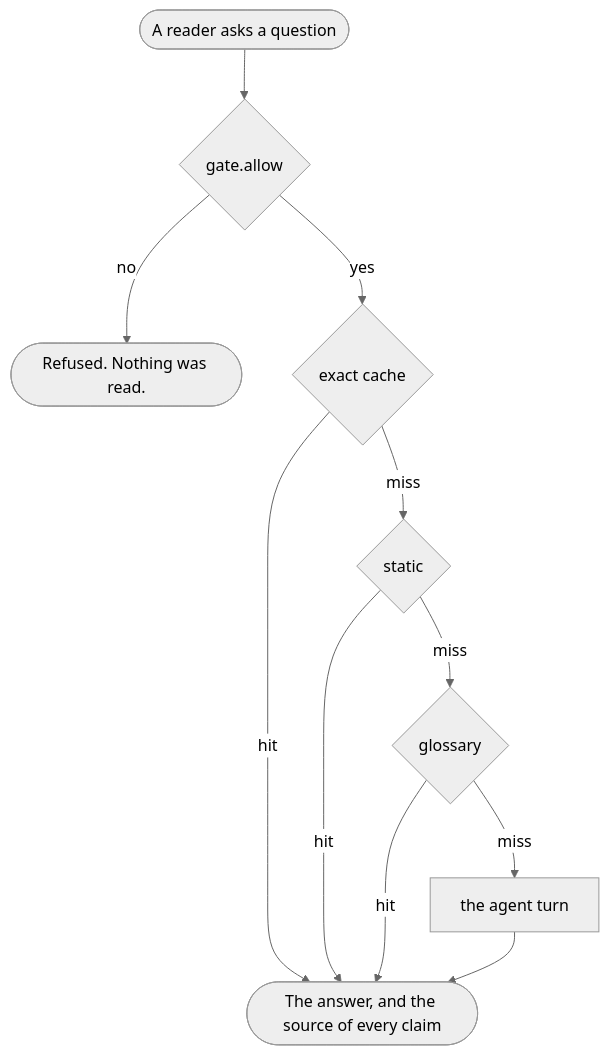
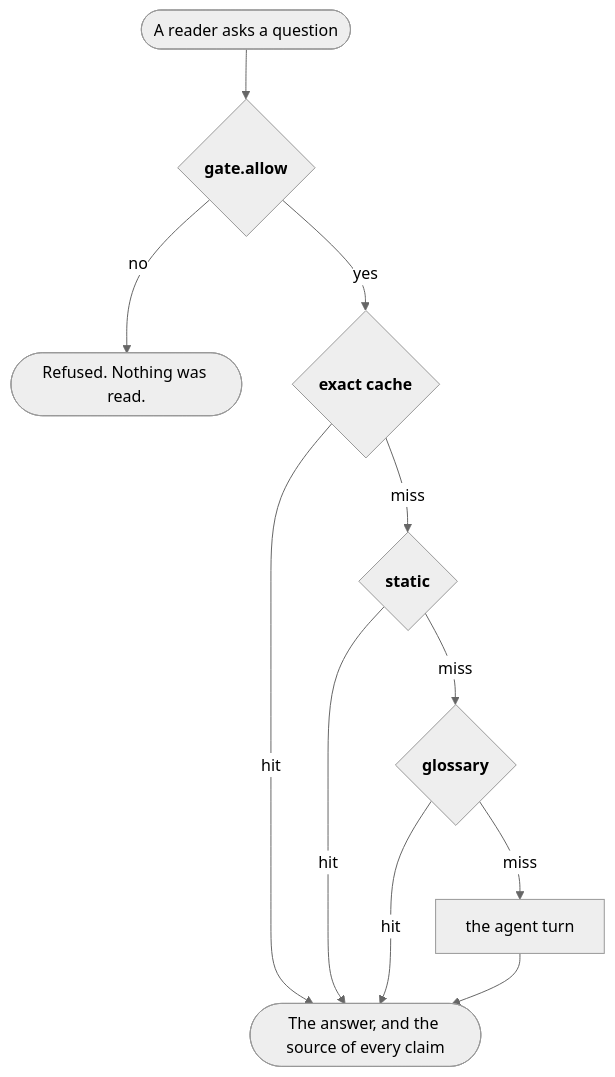
One commit to rulekitai/rulekit changed the third of 4 diagrams in docs/architecture.md. Above: the diagram before and after it, drawn with Mermaid (neutral theme). The commit also changed other lines of this file, not shown here.

First line of the commit message:
docs(architecture): give each node a bold name on its own line

````diff
--- a/docs/architecture.md
+++ b/docs/architecture.md
@@ -45,14 +53,14 @@
 ```mermaid
 flowchart TB
-    Q(["A reader asks a question"]) --> GATE{"gate.allow"}
+    Q(["A reader asks a question"]) --> GATE{"`**gate.allow**`"}
     GATE -->|"no"| STOP(["Refused. Nothing was read."])
-    GATE -->|"yes"| S1{"exact cache"}
-    S1 -->|"miss"| S2{"static"}
-    S2 -->|"miss"| S3{"glossary"}
+    GATE -->|"yes"| S1{"`**exact cache**`"}
+    S1 -->|"miss"| S2{"`**static**`"}
+    S2 -->|"miss"| S3{"`**glossary**`"}
     S3 -->|"miss"| TURN["the agent turn"]
 
     S1 -->|"hit"| ANSWER(["The answer, and the source of every claim"])
     S2 -->|"hit"| ANSWER
     S3 -->|"hit"| ANSWER
     TURN --> ANSWER
 ```
````
